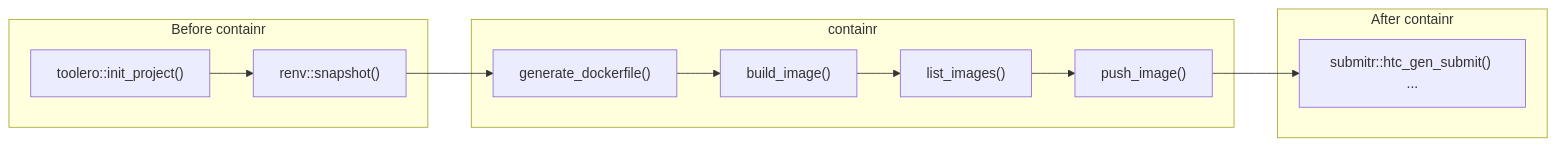
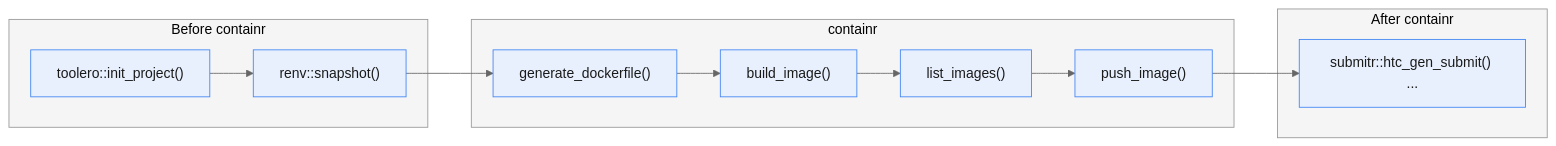
Before and after one commit to erwinlares/containr: the first of 8 diagrams in diagrams.qmd, drawn with Mermaid. The commit also changed other lines of this file, not shown here.

Commit message:
updated: diagrams.qmd to better understand the package codebase

````diff
--- a/diagrams.qmd
+++ b/diagrams.qmd
@@ -44,17 +49,18 @@
 ```{mermaid}
+%%{init: {'theme': 'base', 'themeVariables': {'background': '#ffffff', 'primaryColor': '#e8f0fe', 'primaryTextColor': '#1a1a1a', 'primaryBorderColor': '#4285f4', 'lineColor': '#666666', 'clusterBkg': '#f5f5f5', 'clusterBorder': '#999999'}}}%%
 flowchart LR
     subgraph before["Before containr"]
         A["toolero::init_project()"]
         B["renv::snapshot()"]
     end
     subgraph containr["containr"]
         C["generate_dockerfile()"]
         D["build_image()"]
         E["list_images()"]
         F["push_image()"]
     end
     subgraph after["After containr"]
         G["submitr::htc_gen_submit() ..."]
     end
     A --> B --> C --> D --> E --> F --> G
 ```
````
